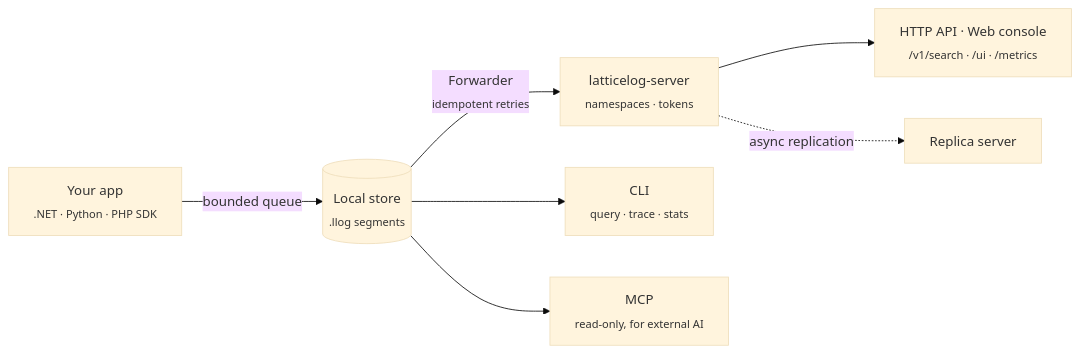
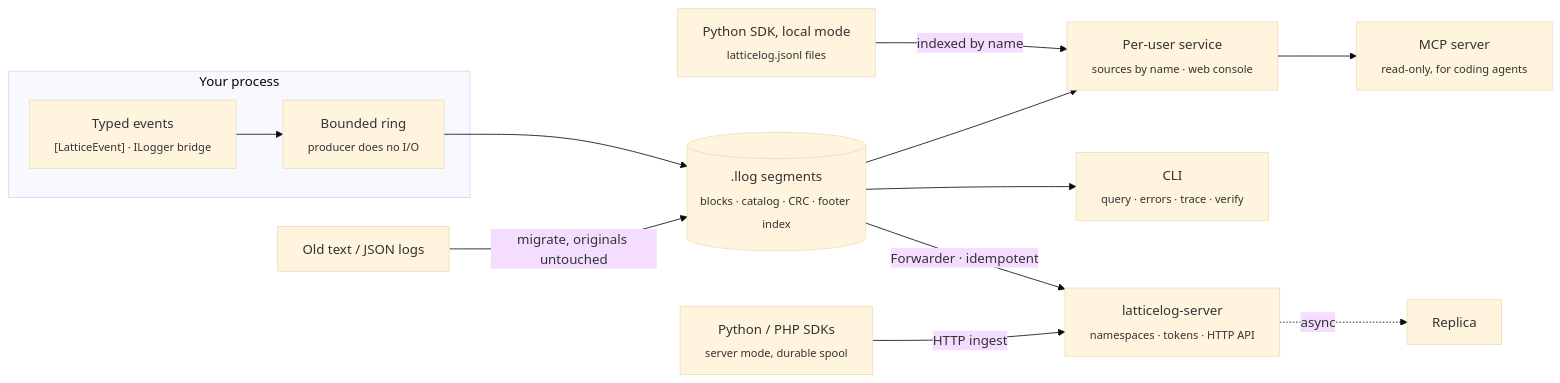
Before and after one commit to lreyesm1999/LatticeLog: the diagram in README.md, drawn with Mermaid (base theme). The commit also changed other lines of this file and 49 other files, not shown here.

````diff
--- a/README.md
+++ b/README.md
@@ -305,9 +192,15 @@
 ```mermaid
 flowchart LR
-    A["Your app<br/><sub>.NET · Python · PHP SDK</sub>"] -->|bounded queue| B[("Local store<br/><sub>.llog segments</sub>")]
-    B -->|Forwarder<br/><sub>idempotent retries</sub>| C["latticelog-server<br/><sub>namespaces · tokens</sub>"]
-    B --> D["CLI<br/><sub>query · trace · stats</sub>"]
-    B --> E["MCP<br/><sub>read-only, for external AI</sub>"]
-    C --> F["HTTP API · Web console<br/><sub>/v1/search · /ui · /metrics</sub>"]
-    C -.->|async replication| G["Replica server"]
+    subgraph app["Your process"]
+      A["Typed events<br/><sub>[LatticeEvent] · ILogger bridge</sub>"] --> Q["Bounded ring<br/><sub>producer does no I/O</sub>"]
+    end
+    Q --> S[(".llog segments<br/><sub>blocks · catalog · CRC · footer index</sub>")]
+    PY["Python SDK, local mode<br/><sub>latticelog.jsonl files</sub>"] -->|indexed by name| SVC
+    T["Old text / JSON logs"] -->|migrate, originals untouched| S
+    S --> CLI["CLI<br/><sub>query · errors · trace · verify</sub>"]
+    S --> SVC["Per-user service<br/><sub>sources by name · web console</sub>"]
+    SVC --> MCP["MCP server<br/><sub>read-only, for coding agents</sub>"]
+    S -->|Forwarder · idempotent| SRV["latticelog-server<br/><sub>namespaces · tokens · HTTP API</sub>"]
+    SRV -.->|async| R["Replica"]
+    PH["Python / PHP SDKs<br/><sub>server mode, durable spool</sub>"] -->|HTTP ingest| SRV
 ```
````
